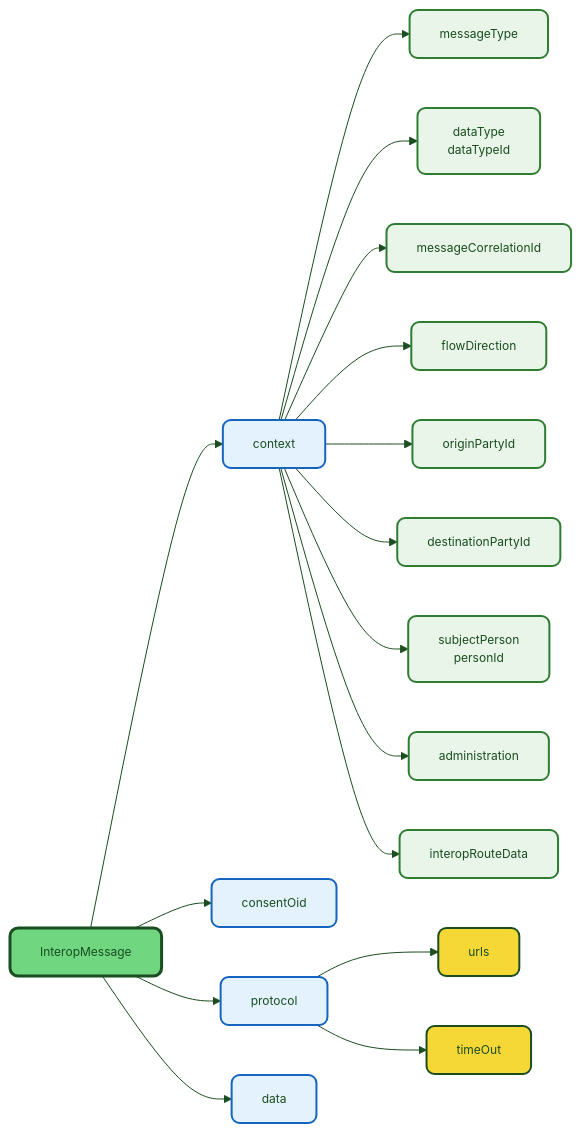
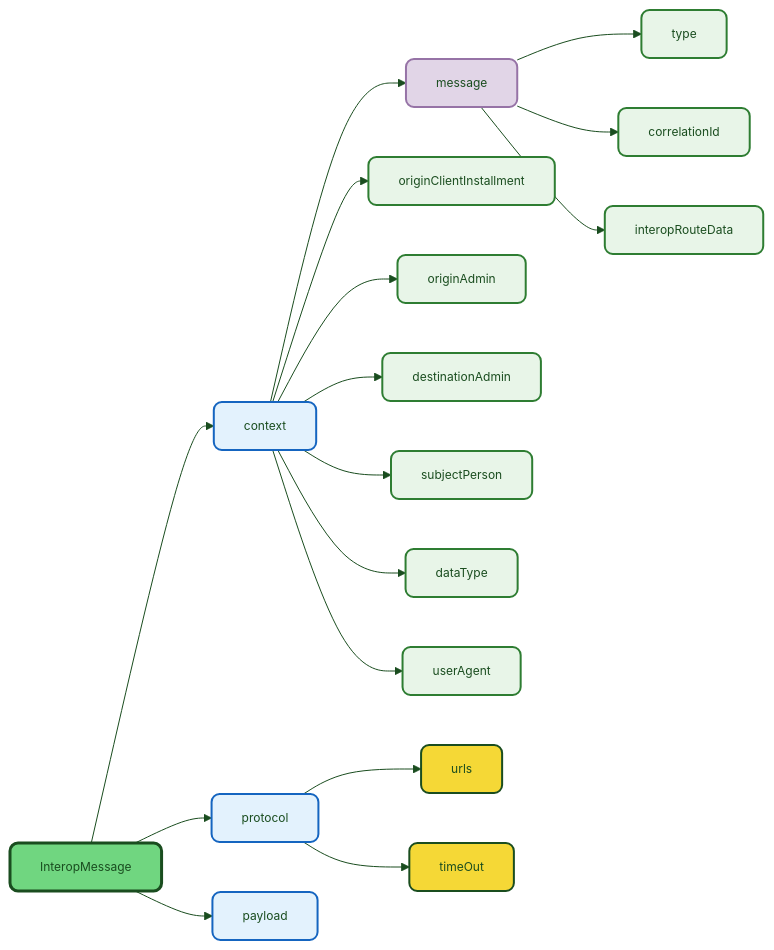
One commit to DENA-Euskadi/dena-euskadi.github.io changed the second of 3 diagrams in docs/semantica/data-retrieve/index.md. Above: the diagram before and after it, drawn with Mermaid. The commit also changed other lines of this file and 117 other files, not shown here.

````diff
--- a/docs/semantica/data-retrieve/index.md
+++ b/docs/semantica/data-retrieve/index.md
@@ -176,48 +179,49 @@
 ```mermaid
 ---
 config:
   theme: base
   themeVariables:
     primaryColor: "#FFFFFF"
     primaryTextColor: "#1a4d1f"
     primaryBorderColor: "#70d680"
     lineColor: "#1a4d1f"
     fontSize: "12px"
     fontFamily: "Manrope, sans-serif"
 ---
 flowchart LR
     ROOT["InteropMessage"] --> CTX["context"]
-    ROOT --> CONSENT["consentOid"]
     ROOT --> PROTOCOL["protocol"]
-    ROOT --> DATA["data"]
+    ROOT --> PAYLOAD["payload"]
 
-    CTX --> MSGTYPE["messageType"]
-    CTX --> DTYPE["dataType\ndataTypeId"]
-    CTX --> CORR["messageCorrelationId"]
-    CTX --> FLOW["flowDirection"]
-    CTX --> ORIGIN["originPartyId"]
-    CTX --> DEST["destinationPartyId"]
-    CTX --> PERSON["subjectPerson\npersonId"]
-    CTX --> ADMIN["administration"]
-    CTX --> ROUTE["interopRouteData"]
+    CTX --> MSG["message"]
+    CTX --> ORIGIN_CI["originClientInstallment"]
+    CTX --> ORIGIN_ADMIN["originAdmin"]
+    CTX --> DEST["destinationAdmin"]
+    CTX --> PERSON["subjectPerson"]
+    CTX --> DTYPE["dataType"]
+    CTX --> UA["userAgent"]
+
+    MSG --> MTYPE["type"]
+    MSG --> CORR["correlationId"]
+    MSG --> ROUTE["interopRouteData"]
 
     PROTOCOL --> PURLS["urls"]
     PROTOCOL --> PTO["timeOut"]
 
     style ROOT fill:#70d680,stroke:#1a4d1f,color:#1a4d1f,stroke-width:3px,rx:8,ry:8
     style CTX fill:#e3f2fd,stroke:#1565c0,color:#1a4d1f,stroke-width:2px,rx:8,ry:8
-    style DATA fill:#e3f2fd,stroke:#1565c0,color:#1a4d1f,stroke-width:2px,rx:8,ry:8
-    style CONSENT fill:#e3f2fd,stroke:#1565c0,color:#1a4d1f,stroke-width:2px,rx:8,ry:8
+    style PAYLOAD fill:#e3f2fd,stroke:#1565c0,color:#1a4d1f,stroke-width:2px,rx:8,ry:8
     style PROTOCOL fill:#e3f2fd,stroke:#1565c0,color:#1a4d1f,stroke-width:2px,rx:8,ry:8
-    style MSGTYPE fill:#e8f5e8,stroke:#2e7d32,color:#1a4d1f,stroke-width:2px,rx:8,ry:8
+    style MSG fill:#e1d5e7,stroke:#9673a6,color:#1a4d1f,stroke-width:2px,rx:8,ry:8
+    style MTYPE fill:#e8f5e8,stroke:#2e7d32,color:#1a4d1f,stroke-width:2px,rx:8,ry:8
     style DTYPE fill:#e8f5e8,stroke:#2e7d32,color:#1a4d1f,stroke-width:2px,rx:8,ry:8
     style CORR fill:#e8f5e8,stroke:#2e7d32,color:#1a4d1f,stroke-width:2px,rx:8,ry:8
-    style FLOW fill:#e8f5e8,stroke:#2e7d32,color:#1a4d1f,stroke-width:2px,rx:8,ry:8
-    style ORIGIN fill:#e8f5e8,stroke:#2e7d32,color:#1a4d1f,stroke-width:2px,rx:8,ry:8
+    style ORIGIN_CI fill:#e8f5e8,stroke:#2e7d32,color:#1a4d1f,stroke-width:2px,rx:8,ry:8
+    style ORIGIN_ADMIN fill:#e8f5e8,stroke:#2e7d32,color:#1a4d1f,stroke-width:2px,rx:8,ry:8
     style DEST fill:#e8f5e8,stroke:#2e7d32,color:#1a4d1f,stroke-width:2px,rx:8,ry:8
     style PERSON fill:#e8f5e8,stroke:#2e7d32,color:#1a4d1f,stroke-width:2px,rx:8,ry:8
-    style ADMIN fill:#e8f5e8,stroke:#2e7d32,color:#1a4d1f,stroke-width:2px,rx:8,ry:8
+    style UA fill:#e8f5e8,stroke:#2e7d32,color:#1a4d1f,stroke-width:2px,rx:8,ry:8
     style ROUTE fill:#e8f5e8,stroke:#2e7d32,color:#1a4d1f,stroke-width:2px,rx:8,ry:8
     style PURLS fill:#f5d836,stroke:#1a4d1f,color:#1a4d1f,stroke-width:2px,rx:8,ry:8
     style PTO fill:#f5d836,stroke:#1a4d1f,color:#1a4d1f,stroke-width:2px,rx:8,ry:8
 ```
````
